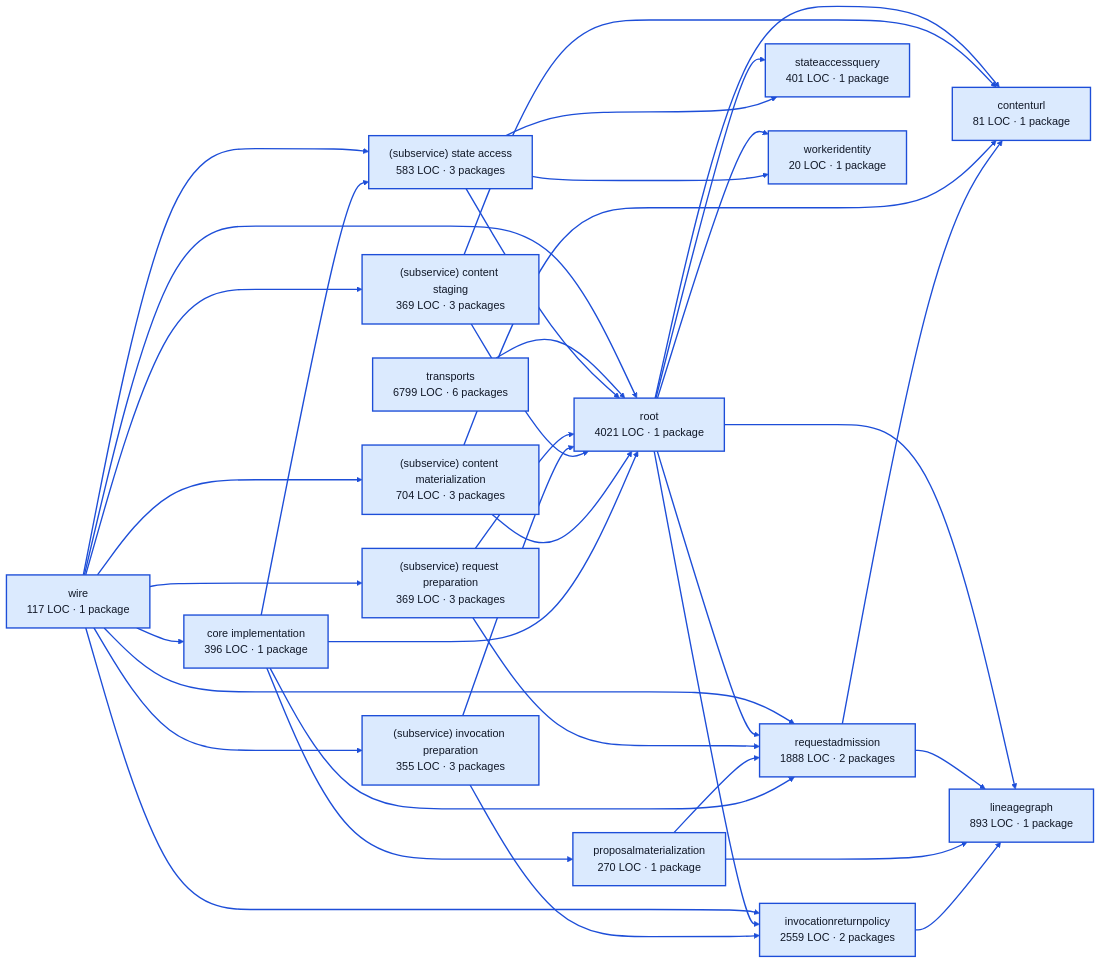
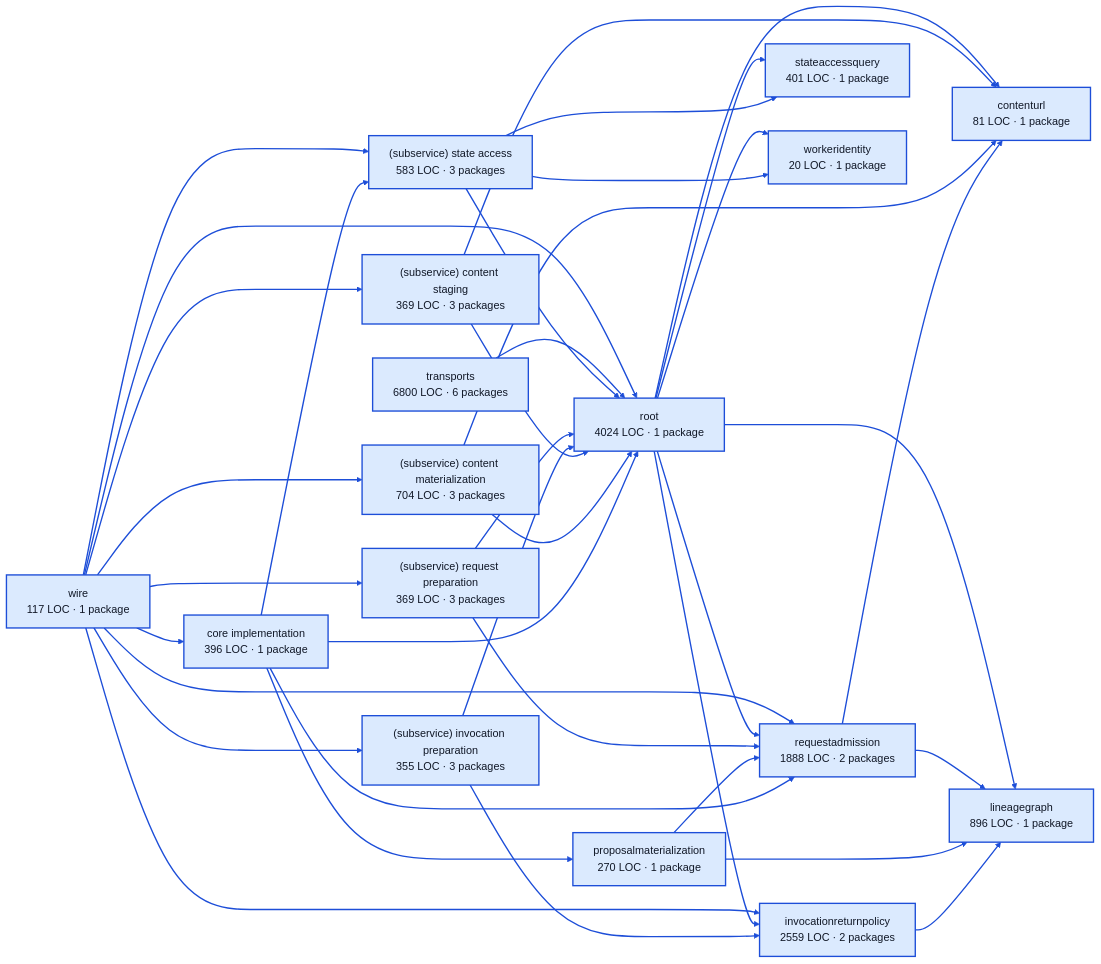
One commit to portpowered/you-agent-factory changed the diagram in docs/architecture/visualizations/services/work.md. Above: the diagram before and after it, drawn with Mermaid (forest theme). The commit also changed other lines of this file and 20 other files, not shown here.

Commit message:
docs: refresh backend architecture visualizations

````diff
--- a/docs/architecture/visualizations/services/work.md
+++ b/docs/architecture/visualizations/services/work.md
@@ -11,72 +11,72 @@
 ```mermaid
 flowchart LR
   p0["core implementation<br/>396 LOC · 1 package"]
   p1["contenturl<br/>81 LOC · 1 package"]
   p2["invocationreturnpolicy<br/>2559 LOC · 2 packages"]
-  p3["lineagegraph<br/>893 LOC · 1 package"]
+  p3["lineagegraph<br/>896 LOC · 1 package"]
   p4["proposalmaterialization<br/>270 LOC · 1 package"]
   p5["requestadmission<br/>1888 LOC · 2 packages"]
   p6["(subservice) content materialization<br/>704 LOC · 3 packages"]
   p7["(subservice) content staging<br/>369 LOC · 3 packages"]
   p8["(subservice) invocation preparation<br/>355 LOC · 3 packages"]
   p9["(subservice) request preparation<br/>369 LOC · 3 packages"]
   p10["(subservice) state access<br/>583 LOC · 3 packages"]
   p11["stateaccessquery<br/>401 LOC · 1 package"]
   p12["workeridentity<br/>20 LOC · 1 package"]
-  p13["root<br/>4021 LOC · 1 package"]
-  p14["transports<br/>6799 LOC · 6 packages"]
+  p13["root<br/>4024 LOC · 1 package"]
+  p14["transports<br/>6800 LOC · 6 packages"]
   p15["wire<br/>117 LOC · 1 package"]
   p0 --> p4
   p0 --> p5
   p0 --> p10
   p0 --> p13
   p2 --> p3
   p4 --> p3
   p4 --> p5
   p5 --> p1
   p5 --> p3
   p6 --> p1
   p6 --> p13
   p7 --> p1
   p7 --> p13
   p8 --> p2
   p8 --> p13
   p9 --> p5
   p9 --> p13
   p10 --> p11
   p10 --> p12
   p10 --> p13
   p13 --> p1
   p13 --> p2
   p13 --> p3
   p13 --> p5
   p13 --> p11
   p13 --> p12
   p14 --> p13
   p15 --> p0
   p15 --> p2
   p15 --> p5
   p15 --> p6
   p15 --> p7
   p15 --> p8
   p15 --> p9
   p15 --> p10
   p15 --> p13
   style p0 fill:#dbeafe,stroke:#1d4ed8,stroke-width:2px,color:#111827
   style p1 fill:#dbeafe,stroke:#1d4ed8,stroke-width:2px,color:#111827
   style p2 fill:#dbeafe,stroke:#1d4ed8,stroke-width:2px,color:#111827
   style p3 fill:#dbeafe,stroke:#1d4ed8,stroke-width:2px,color:#111827
   style p4 fill:#dbeafe,stroke:#1d4ed8,stroke-width:2px,color:#111827
   style p5 fill:#dbeafe,stroke:#1d4ed8,stroke-width:2px,color:#111827
   style p6 fill:#dbeafe,stroke:#1d4ed8,stroke-width:2px,color:#111827
   style p7 fill:#dbeafe,stroke:#1d4ed8,stroke-width:2px,color:#111827
   style p8 fill:#dbeafe,stroke:#1d4ed8,stroke-width:2px,color:#111827
   style p9 fill:#dbeafe,stroke:#1d4ed8,stroke-width:2px,color:#111827
   style p10 fill:#dbeafe,stroke:#1d4ed8,stroke-width:2px,color:#111827
   style p11 fill:#dbeafe,stroke:#1d4ed8,stroke-width:2px,color:#111827
   style p12 fill:#dbeafe,stroke:#1d4ed8,stroke-width:2px,color:#111827
   style p13 fill:#dbeafe,stroke:#1d4ed8,stroke-width:2px,color:#111827
   style p14 fill:#dbeafe,stroke:#1d4ed8,stroke-width:2px,color:#111827
   style p15 fill:#dbeafe,stroke:#1d4ed8,stroke-width:2px,color:#111827
   linkStyle default stroke:#1d4ed8,stroke-width:2px
 ```
````
